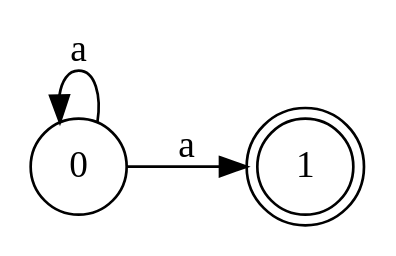
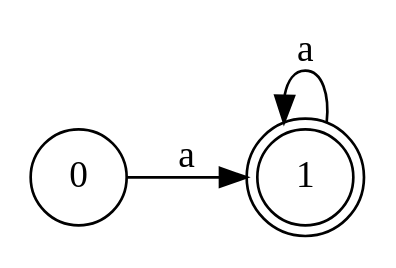
One commit to icicle-lang/icicle-lang.github.io changed the diagram in dot/plus.gv. Above: the diagram before and after it, drawn with Graphviz. The commit also changed 27 other files, not shown here.

```diff
--- a/dot/plus.gv
+++ b/dot/plus.gv
@@ -1,8 +1,8 @@
 digraph finite_state_machine {
 	rankdir=LR;
 	size="8,5"
 	node [shape = doublecircle]; 1;
 	node [shape = circle];
 	0 -> 1 [ label = "a" ];
-	0 -> 0 [ label = "a", dir = back ];
+	1 -> 1 [ label = "a", dir = back ];
 }
```
